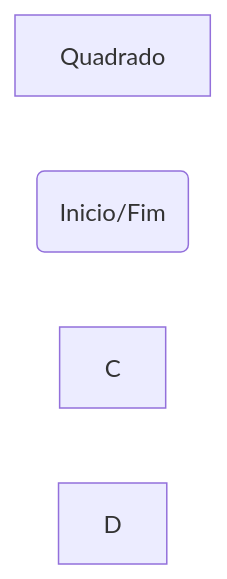
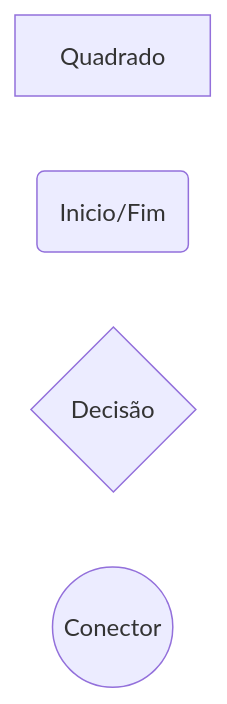
One commit to BackFront/trade changed the third of 3 diagrams in docs/.stackedit-trash/Welcome file.md. Above: the diagram before and after it, drawn with Mermaid. The commit also changed other lines of this file, not shown here.

Commit message:
docs/.stackedit-trash/Welcome file.md updated from https://stackedit.io/

````diff
--- a/docs/.stackedit-trash/Welcome file.md
+++ b/docs/.stackedit-trash/Welcome file.md
@@ -145,9 +145,8 @@
 ```mermaid
 graph LR
 
 A[Quadrado]
 B(Inicio/Fim)
-C
-D
-
+C{Decisão}
+D((Conector))
 ```
````
